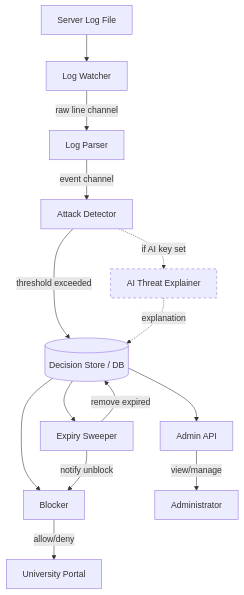
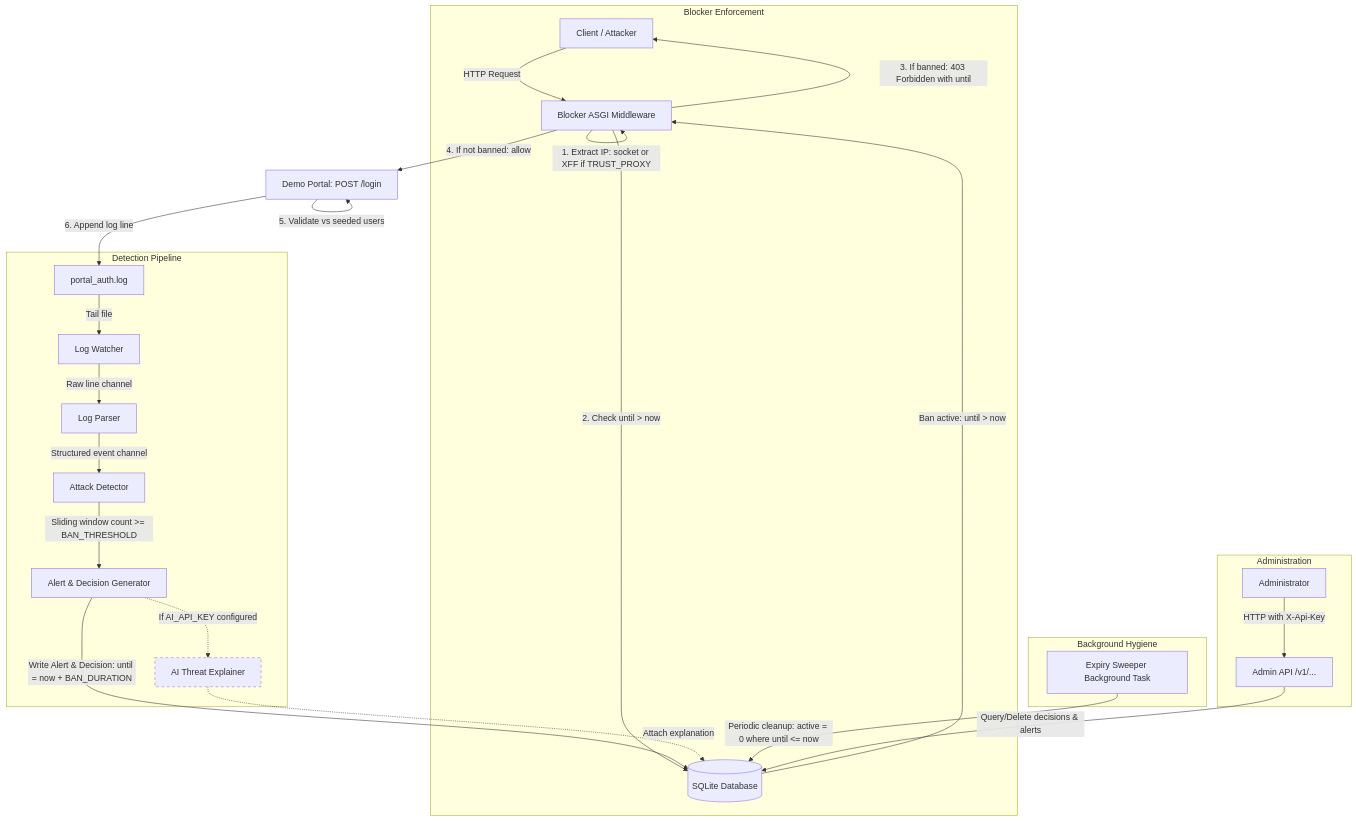
The diagram in docs/ARCHITECTURE.md (Tanushri-07/sentinel-intrusion-detection), drawn with Mermaid before and after one commit. The commit also changed other lines of this file and 5 other files, not shown here.

Commit message:
docs: lock stack, demo portal, exact expiry, client IP, Given/When/Then

````diff
--- a/docs/ARCHITECTURE.md
+++ b/docs/ARCHITECTURE.md
@@ -80,18 +128,36 @@
 ```mermaid
 flowchart TD
-    LOG[Server Log File] --> LW[Log Watcher]
-    LW -->|raw line channel| LP[Log Parser]
-    LP -->|event channel| AD[Attack Detector]
-    AD -->|threshold exceeded| DS[(Decision Store / DB)]
-    AD -.->|if AI key set| AI[AI Threat Explainer]
-    AI -.->|explanation| DS
-    DS --> BL[Blocker]
-    DS --> ES[Expiry Sweeper]
-    ES -->|remove expired| DS
-    ES -->|notify unblock| BL
-    DS --> API[Admin API]
-    API -->|view/manage| ADMIN[Administrator]
-    BL -->|allow/deny| PORTAL[University Portal]
+    Client[Client / Attacker] -->|HTTP Request| Blocker[Blocker ASGI Middleware]
+    
+    subgraph Blocker Enforcement
+        Blocker -->|1. Extract IP: socket or XFF if TRUST_PROXY| Blocker
+        Blocker -->|2. Check until > now| DS[(SQLite Database)]
+        DS -->|Ban active: until > now| Blocker
+        Blocker -->|3. If banned: 403 Forbidden with until| Client
+    end
+
+    Blocker -->|4. If not banned: allow| Portal[Demo Portal: POST /login]
+    Portal -->|5. Validate vs seeded users| Portal
+    Portal -->|6. Append log line| LogFile[portal_auth.log]
+    
+    subgraph Detection Pipeline
+        LogFile -->|Tail file| Watcher[Log Watcher]
+        Watcher -->|Raw line channel| Parser[Log Parser]
+        Parser -->|Structured event channel| Detector[Attack Detector]
+        Detector -->|Sliding window count >= BAN_THRESHOLD| AlertGen[Alert & Decision Generator]
+        AlertGen -->|Write Alert & Decision: until = now + BAN_DURATION| DS
+        AlertGen -.->|If AI_API_KEY configured| AI[AI Threat Explainer]
+        AI -.->|Attach explanation| DS
+    end
+
+    subgraph Background Hygiene
+        Sweeper[Expiry Sweeper Background Task] -->|Periodic cleanup: active = 0 where until <= now| DS
+    end
+
+    subgraph Administration
+        Admin[Administrator] -->|HTTP with X-Api-Key| AdminAPI[Admin API /v1/...]
+        AdminAPI -->|Query/Delete decisions & alerts| DS
+    end
 
     style AI stroke-dasharray: 5 5
 ```
````
